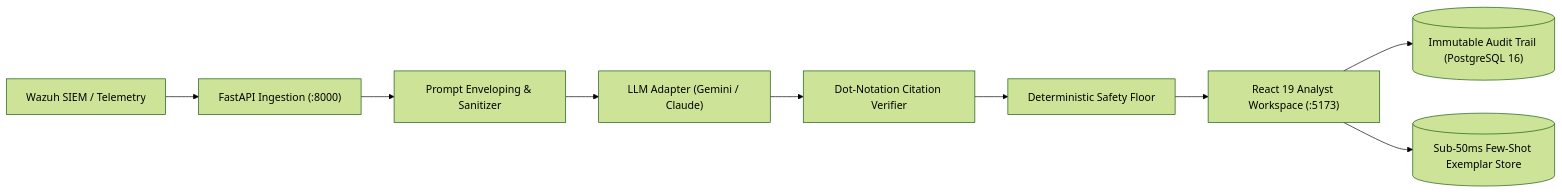
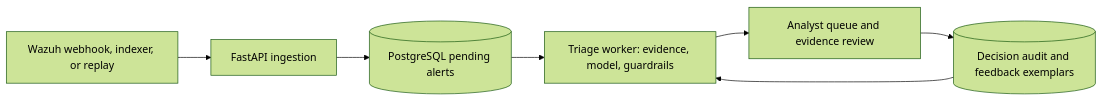
One commit to asad-123456/Sentra-X changed the diagram in README.md. Above: the diagram before and after it, drawn with Mermaid (forest theme). The commit also changed other lines of this file and 77 other files, not shown here.

Commit message:
yeah this is working and communicating with wazuh. lets hope i dont mess this up. made some architectural  changes recorded in @implementation_plan

````diff
--- a/README.md
+++ b/README.md
@@ -19,11 +7,9 @@
 ```mermaid
 flowchart LR
-    Wazuh["Wazuh SIEM / Telemetry"] --> Ingestion["FastAPI Ingestion (:8000)"]
-    Ingestion --> Envelope["Prompt Enveloping & Sanitizer"]
-    Envelope --> LLM["LLM Adapter (Gemini / Claude)"]
-    LLM --> Verification["Dot-Notation Citation Verifier"]
-    Verification --> SafetyFloor["Deterministic Safety Floor"]
-    SafetyFloor --> Workspace["React 19 Analyst Workspace (:5173)"]
-    Workspace --> AuditLog[("Immutable Audit Trail (PostgreSQL 16)")]
-    Workspace --> Exemplars[("Sub-50ms Few-Shot Exemplar Store")]
+    W["Wazuh webhook, indexer, or replay"] --> I["FastAPI ingestion"]
+    I --> D[("PostgreSQL pending alerts")]
+    D --> T["Triage worker: evidence, model, guardrails"]
+    T --> Q["Analyst queue and evidence review"]
+    Q --> A[("Decision audit and feedback exemplars")]
+    A --> T
 ```
````
